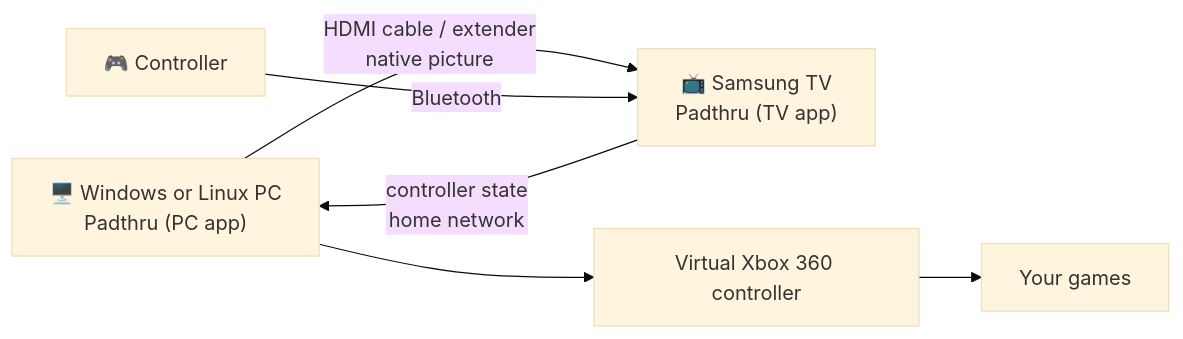
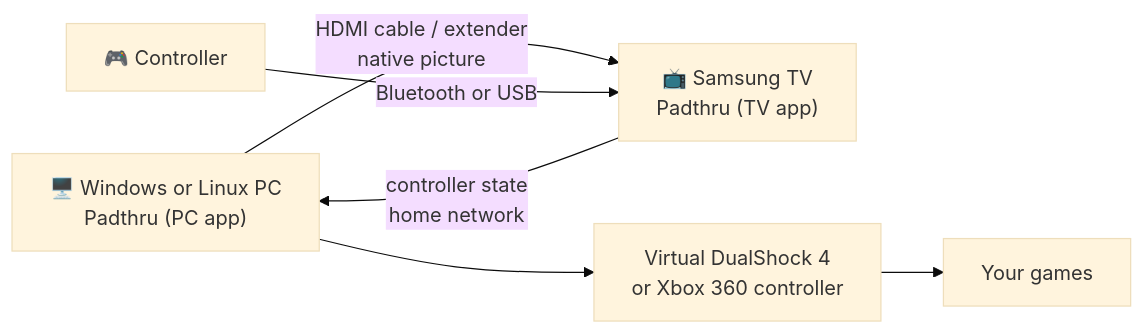
The diagram in README.md (labanmne/padthru), drawn with Mermaid (base theme) before and after one commit. The commit also changed other lines of this file and 13 other files, not shown here.

First line of the commit message:
Padthru 0.3.0: PlayStation mode (virtual DualShock 4)

````diff
--- a/README.md
+++ b/README.md
@@ -32,7 +32,7 @@
 ```mermaid
 flowchart LR
     PC["🖥️ Windows or Linux PC<br/>Padthru (PC app)"] -- "HDMI cable / extender<br/>native picture" --> TV["📺 Samsung TV<br/>Padthru (TV app)"]
-    Pad["🎮 Controller"] -- "Bluetooth" --> TV
+    Pad["🎮 Controller"] -- "Bluetooth or USB" --> TV
     TV -- "controller state<br/>home network" --> PC
-    PC --> X["Virtual Xbox 360 controller"] --> G["Your games"]
+    PC --> X["Virtual DualShock 4<br/>or Xbox 360 controller"] --> G["Your games"]
 ```
````
